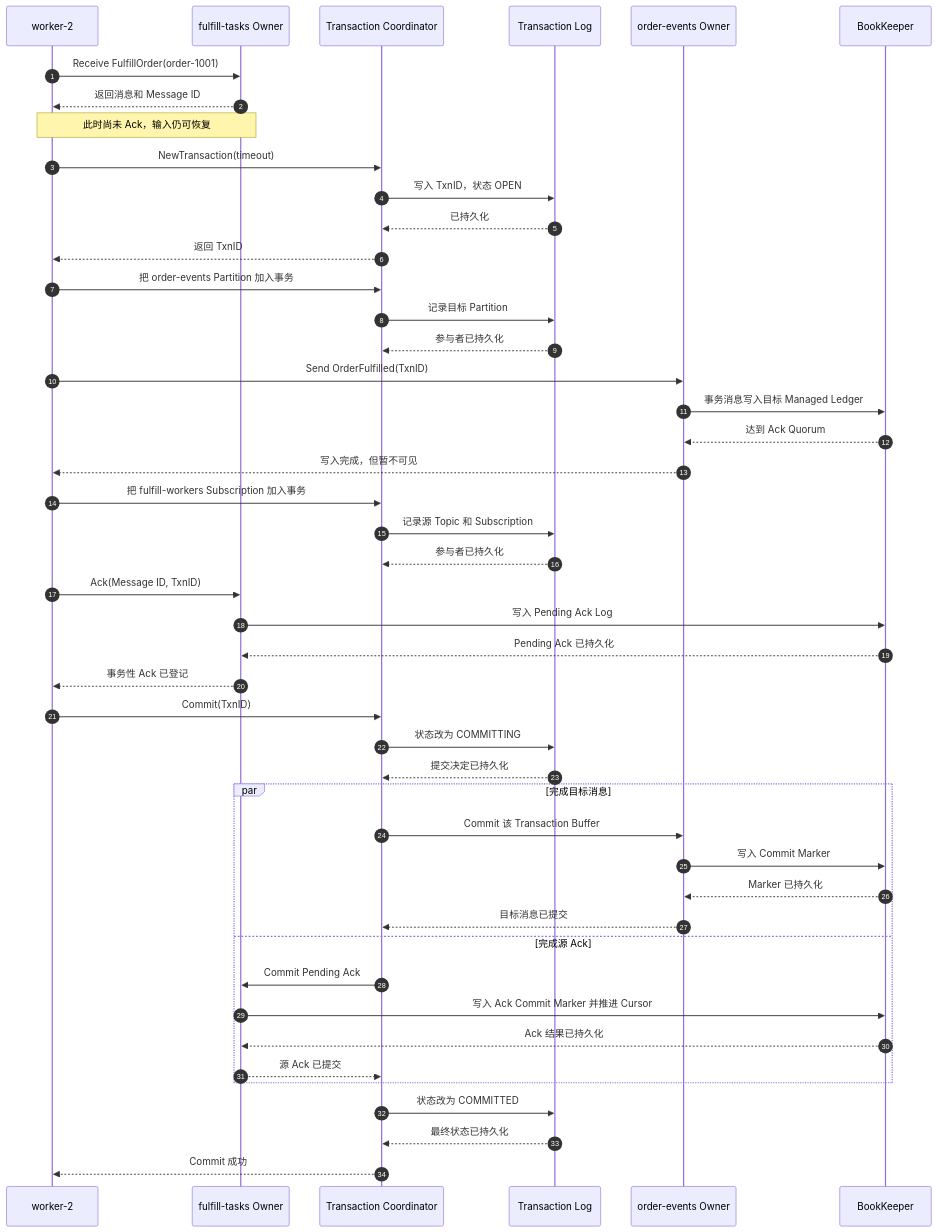
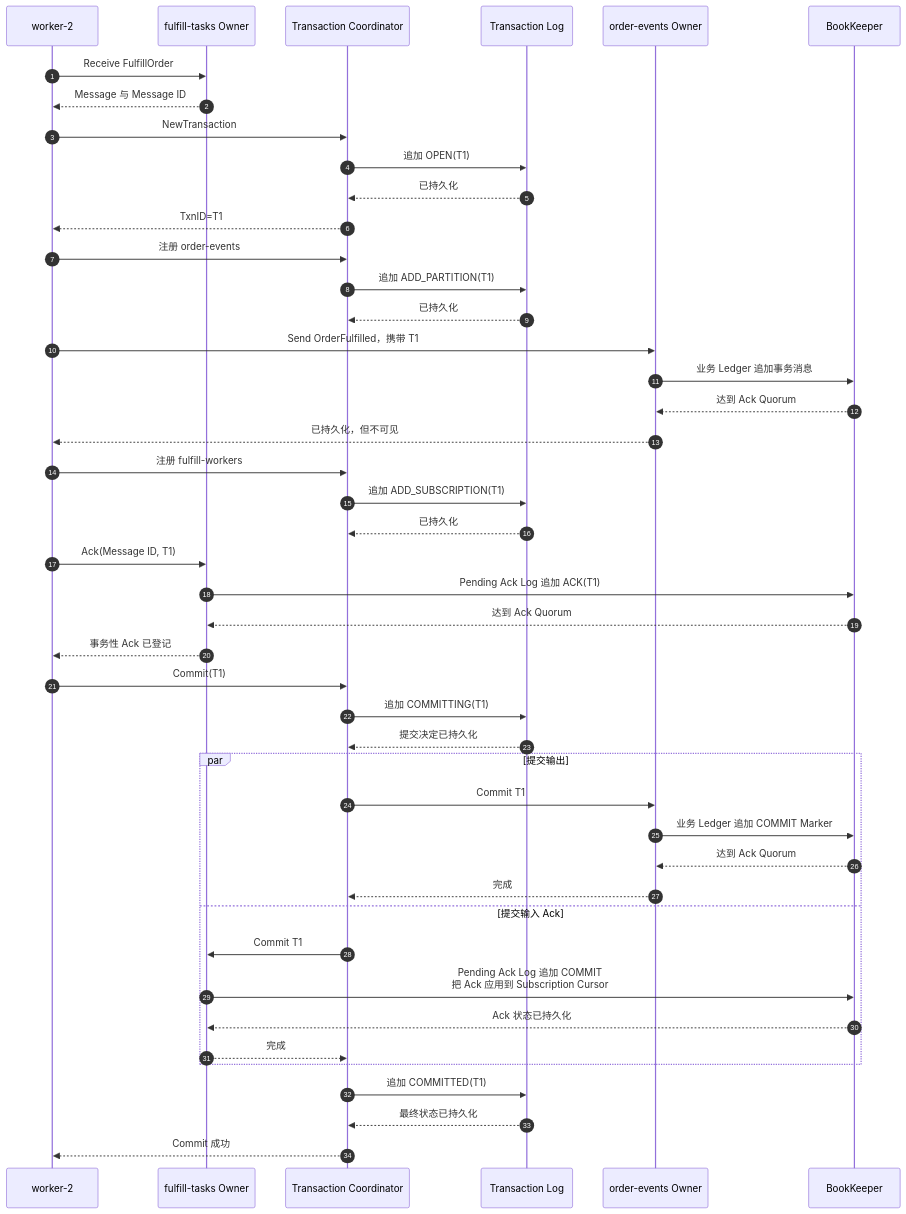
Diagram 11 of 11 in posts/microservices/queue/032_pulsar_message_queue_implementation.md (hotttao/backup), drawn with Mermaid before and after one commit. The commit also changed other lines of this file and 1 other file, not shown here.

````diff
--- a/posts/microservices/queue/032_pulsar_message_queue_implementation.md
+++ b/posts/microservices/queue/032_pulsar_message_queue_implementation.md
@@ -682,53 +845,48 @@
 ```mermaid
 sequenceDiagram
     autonumber
     participant W as worker-2
     participant S as fulfill-tasks Owner
     participant TC as Transaction Coordinator
     participant TL as Transaction Log
     participant D as order-events Owner
     participant BK as BookKeeper
 
-    W->>S: Receive FulfillOrder(order-1001)
-    S-->>W: 返回消息和 Message ID
-    Note over W,S: 此时尚未 Ack，输入仍可恢复
-
-    W->>TC: NewTransaction(timeout)
-    TC->>TL: 写入 TxnID，状态 OPEN
+    W->>S: Receive FulfillOrder
+    S-->>W: Message 与 Message ID
+    W->>TC: NewTransaction
+    TC->>TL: 追加 OPEN(T1)
     TL-->>TC: 已持久化
-    TC-->>W: 返回 TxnID
-
-    W->>TC: 把 order-events Partition 加入事务
-    TC->>TL: 记录目标 Partition
-    TL-->>TC: 参与者已持久化
-    W->>D: Send OrderFulfilled(TxnID)
-    D->>BK: 事务消息写入目标 Managed Ledger
+    TC-->>W: TxnID=T1
+    W->>TC: 注册 order-events
+    TC->>TL: 追加 ADD_PARTITION(T1)
+    TL-->>TC: 已持久化
+    W->>D: Send OrderFulfilled，携带 T1
+    D->>BK: 业务 Ledger 追加事务消息
     BK-->>D: 达到 Ack Quorum
-    D-->>W: 写入完成，但暂不可见
-
-    W->>TC: 把 fulfill-workers Subscription 加入事务
-    TC->>TL: 记录源 Topic 和 Subscription
-    TL-->>TC: 参与者已持久化
-    W->>S: Ack(Message ID, TxnID)
-    S->>BK: 写入 Pending Ack Log
-    BK-->>S: Pending Ack 已持久化
+    D-->>W: 已持久化，但不可见
+    W->>TC: 注册 fulfill-workers
+    TC->>TL: 追加 ADD_SUBSCRIPTION(T1)
+    TL-->>TC: 已持久化
+    W->>S: Ack(Message ID, T1)
+    S->>BK: Pending Ack Log 追加 ACK(T1)
+    BK-->>S: 达到 Ack Quorum
     S-->>W: 事务性 Ack 已登记
-
-    W->>TC: Commit(TxnID)
-    TC->>TL: 状态改为 COMMITTING
+    W->>TC: Commit(T1)
+    TC->>TL: 追加 COMMITTING(T1)
     TL-->>TC: 提交决定已持久化
-    par 完成目标消息
-        TC->>D: Commit 该 Transaction Buffer
-        D->>BK: 写入 Commit Marker
-        BK-->>D: Marker 已持久化
-        D-->>TC: 目标消息已提交
-    and 完成源 Ack
-        TC->>S: Commit Pending Ack
-        S->>BK: 写入 Ack Commit Marker 并推进 Cursor
-        BK-->>S: Ack 结果已持久化
-        S-->>TC: 源 Ack 已提交
+    par 提交输出
+        TC->>D: Commit T1
+        D->>BK: 业务 Ledger 追加 COMMIT Marker
+        BK-->>D: 达到 Ack Quorum
+        D-->>TC: 完成
+    and 提交输入 Ack
+        TC->>S: Commit T1
+        S->>BK: Pending Ack Log 追加 COMMIT<br/>把 Ack 应用到 Subscription Cursor
+        BK-->>S: Ack 状态已持久化
+        S-->>TC: 完成
     end
-    TC->>TL: 状态改为 COMMITTED
+    TC->>TL: 追加 COMMITTED(T1)
     TL-->>TC: 最终状态已持久化
     TC-->>W: Commit 成功
 ```
````
